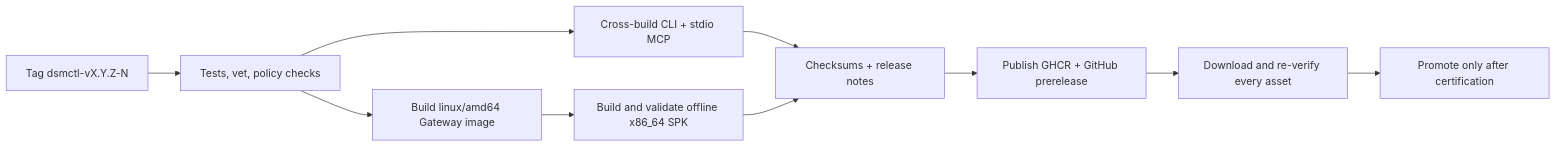
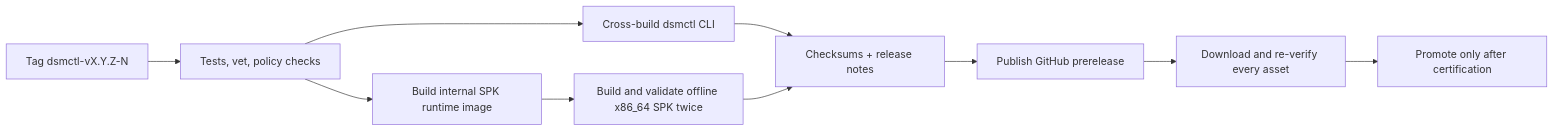
One commit to derekvery666/dsmctl changed the diagram in docs/public-release-plan.md. Above: the diagram before and after it, drawn with Mermaid. The commit also changed other lines of this file and 8 other files, not shown here.

Commit message:
Limit preview release to CLI and DSM package

````diff
--- a/docs/public-release-plan.md
+++ b/docs/public-release-plan.md
@@ -110,12 +101,12 @@
 ```mermaid
 flowchart LR
   Tag["Tag dsmctl-vX.Y.Z-N"] --> Verify["Tests, vet, policy checks"]
-  Verify --> CLI["Cross-build CLI + stdio MCP"]
-  Verify --> Gateway["Build linux/amd64 Gateway image"]
-  Gateway --> SPK["Build and validate offline x86_64 SPK"]
+  Verify --> CLI["Cross-build dsmctl CLI"]
+  Verify --> Gateway["Build internal SPK runtime image"]
+  Gateway --> SPK["Build and validate offline x86_64 SPK twice"]
   CLI --> Manifest["Checksums + release notes"]
   SPK --> Manifest
-  Manifest --> Preview["Publish GHCR + GitHub prerelease"]
+  Manifest --> Preview["Publish GitHub prerelease"]
   Preview --> Smoke["Download and re-verify every asset"]
   Smoke --> Stable["Promote only after certification"]
 ```
````
